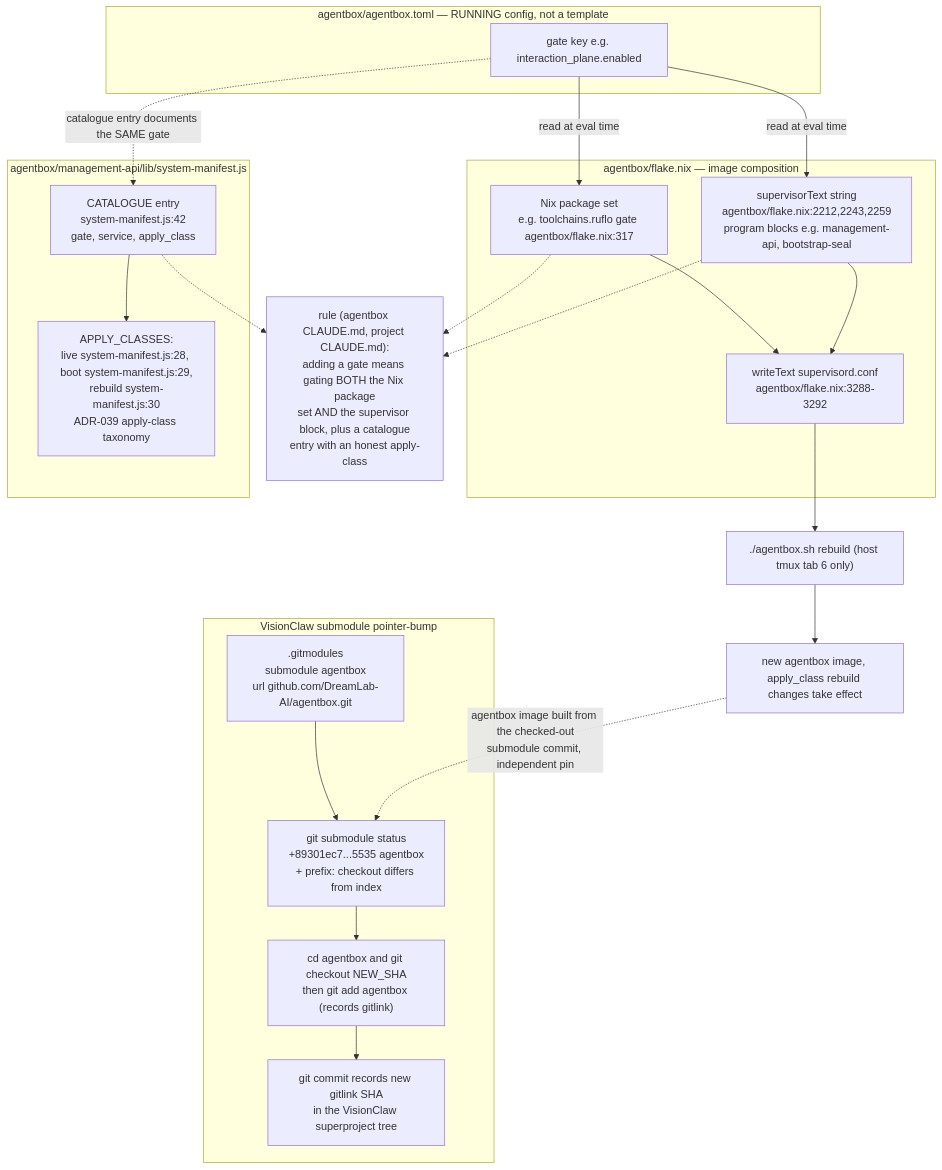
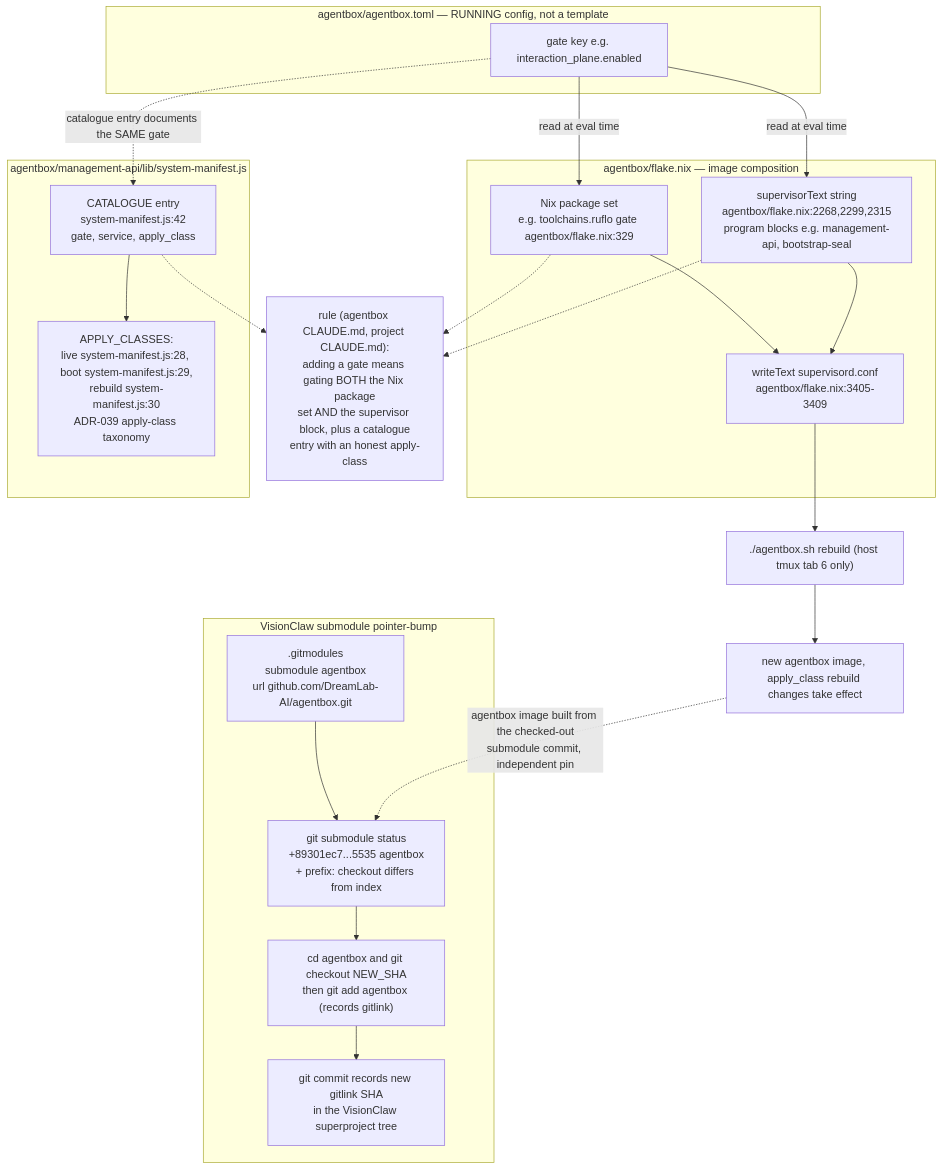
The tenth of 23 diagrams in docs/diagrams/estate/09-build-deploy-and-ci-estate.md (DreamLab-AI/VisionFlow), drawn with Mermaid before and after one commit. The commit also changed other lines of this file and 94 other files, not shown here.

First line of the commit message:
docs(diagrams): re-verify 130 topics against 2 October HEADs

````diff
--- a/docs/diagrams/estate/09-build-deploy-and-ci-estate.md
+++ b/docs/diagrams/estate/09-build-deploy-and-ci-estate.md
@@ -344,42 +350,42 @@
 ```mermaid
 flowchart TB
     subgraph FLAKE["agentbox/flake.nix — image composition"]
-        NIXPKG["Nix package set<br/>e.g. toolchains.ruflo gate agentbox/flake.nix:317"]
-        SUPTEXT["supervisorText string<br/>agentbox/flake.nix:2212,2243,2259<br/>program blocks e.g. management-api, bootstrap-seal"]
-        SUPWRITE["writeText supervisord.conf<br/>agentbox/flake.nix:3288-3292"]
+        NIXPKG["Nix package set<br/>e.g. toolchains.ruflo gate agentbox/flake.nix:329"]
+        SUPTEXT["supervisorText string<br/>agentbox/flake.nix:2268,2299,2315<br/>program blocks e.g. management-api, bootstrap-seal"]
+        SUPWRITE["writeText supervisord.conf<br/>agentbox/flake.nix:3405-3409"]
     end
     subgraph TOML["agentbox/agentbox.toml — RUNNING config, not a template"]
         GATEKEY["gate key e.g. interaction_plane.enabled"]
     end
     subgraph MANIFEST["agentbox/management-api/lib/system-manifest.js"]
         CATALOGUE["CATALOGUE entry<br/>system-manifest.js:42<br/>gate, service, apply_class"]
         APPLYCLASS["APPLY_CLASSES:<br/>live system-manifest.js:28, boot system-manifest.js:29,<br/>rebuild system-manifest.js:30<br/>ADR-039 apply-class taxonomy"]
     end
 
     GATEKEY -->|"read at eval time"| NIXPKG
     GATEKEY -->|"read at eval time"| SUPTEXT
     NIXPKG --> SUPWRITE
     SUPTEXT --> SUPWRITE
     GATEKEY -.->|"catalogue entry documents the SAME gate"| CATALOGUE
     CATALOGUE --> APPLYCLASS
 
     RULE["rule (agentbox CLAUDE.md, project CLAUDE.md):<br/>adding a gate means gating BOTH the Nix package<br/>set AND the supervisor block, plus a catalogue<br/>entry with an honest apply-class"]
     NIXPKG -.-> RULE
     SUPTEXT -.-> RULE
     CATALOGUE -.-> RULE
 
     REBUILD["./agentbox.sh rebuild (host tmux tab 6 only)"]
     SUPWRITE --> REBUILD
     REBUILD --> IMAGE["new agentbox image, apply_class rebuild changes take effect"]
 
     subgraph SUBMOD["VisionClaw submodule pointer-bump"]
         GITMODULES[".gitmodules<br/>submodule agentbox<br/>url github.com/DreamLab-AI/agentbox.git"]
         SUBSTATUS["git submodule status<br/>+89301ec7...5535 agentbox<br/>+ prefix: checkout differs from index"]
         SUBUPDATE["cd agentbox and git checkout NEW_SHA<br/>then git add agentbox (records gitlink)"]
         SUBCOMMIT["git commit records new gitlink SHA<br/>in the VisionClaw superproject tree"]
     end
     GITMODULES --> SUBSTATUS
     SUBSTATUS --> SUBUPDATE
     SUBUPDATE --> SUBCOMMIT
     IMAGE -.->|"agentbox image built from the checked-out<br/>submodule commit, independent pin"| SUBSTATUS
 ```
````
